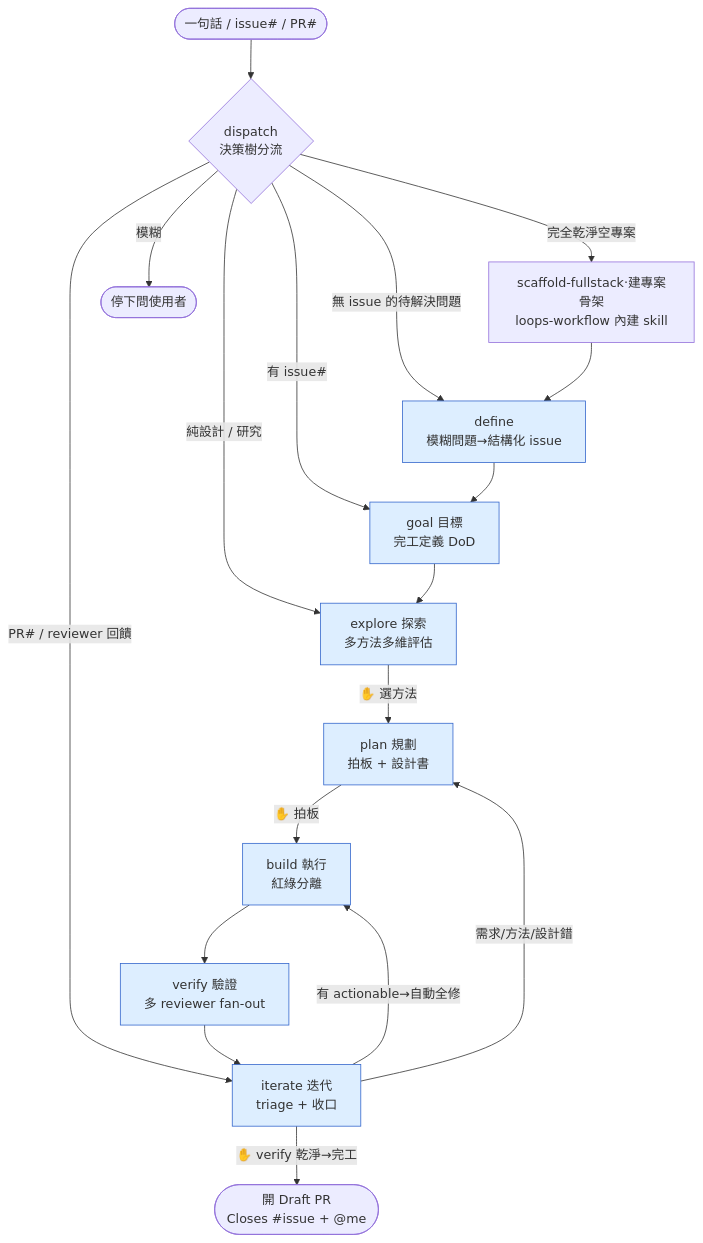
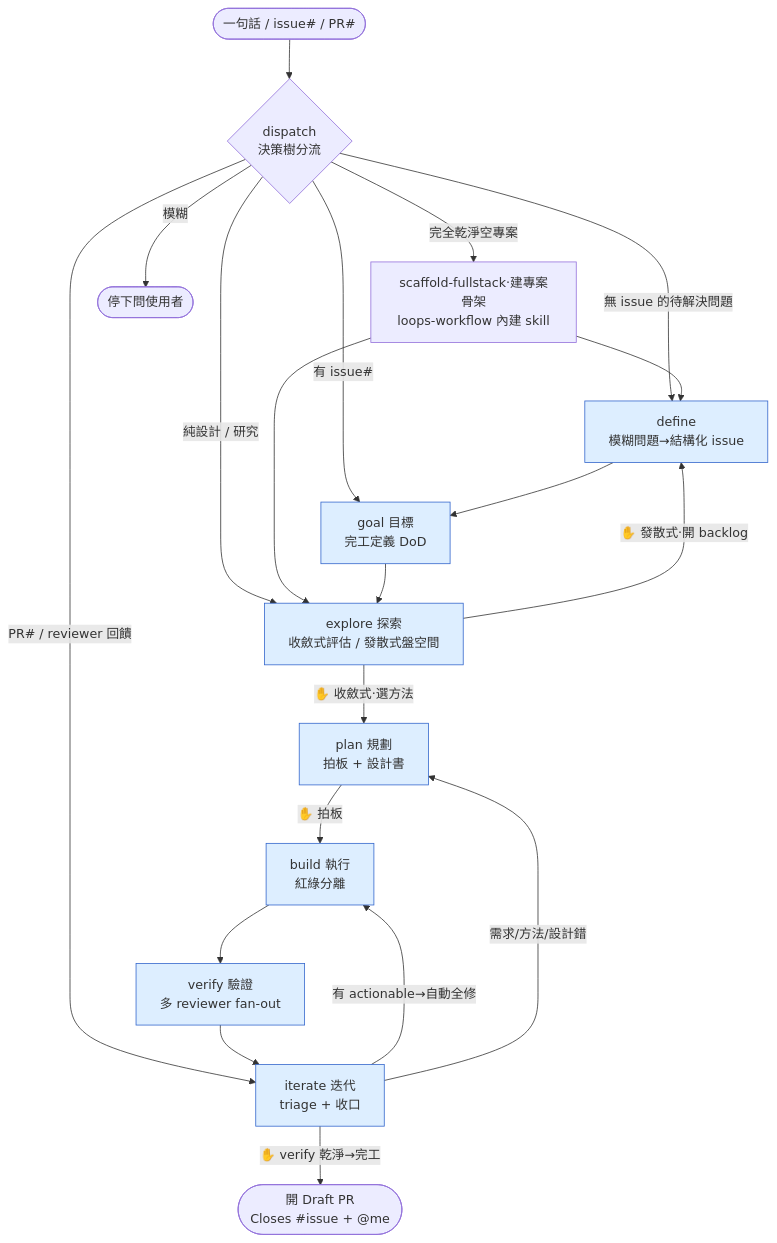
Before and after one commit to adha9990/dev-workflows: the first of 3 diagrams in plugins/loops-workflow/docs/FLOW.md, drawn with Mermaid. The commit also changed other lines of this file and 4 other files, not shown here.

````diff
--- a/plugins/loops-workflow/docs/FLOW.md
+++ b/plugins/loops-workflow/docs/FLOW.md
@@ -11,26 +11,28 @@
 ```mermaid
 flowchart TD
     START([一句話 / issue# / PR#]) --> D{dispatch<br/>決策樹分流}
 
     D -->|完全乾淨空專案| SC[scaffold-fullstack·建專案骨架<br/>loops-workflow 內建 skill]
     D -->|有 issue#| G
     D -->|無 issue 的待解決問題| DEF[define<br/>模糊問題→結構化 issue]
     D -->|純設計 / 研究| E
     D -->|PR# / reviewer 回饋| IT
     D -->|模糊| ASK([停下問使用者])
     SC --> DEF
+    SC --> E
     DEF --> G
 
-    G[goal 目標<br/>完工定義 DoD] --> E[explore 探索<br/>多方法多維評估]
-    E -->|✋ 選方法| P[plan 規劃<br/>拍板 + 設計書]
+    G[goal 目標<br/>完工定義 DoD] --> E[explore 探索<br/>收斂式評估 / 發散式盤空間]
+    E -->|✋ 收斂式·選方法| P[plan 規劃<br/>拍板 + 設計書]
+    E -->|✋ 發散式·開 backlog| DEF
     P -->|✋ 拍板| B[build 執行<br/>紅綠分離]
     B --> V[verify 驗證<br/>多 reviewer fan-out]
     V --> IT[iterate 迭代<br/>triage + 收口]
 
     IT -->|有 actionable→自動全修| B
     IT -->|需求/方法/設計錯| P
     IT -->|✋ verify 乾淨→完工| SHIP([開 Draft PR<br/>Closes #issue + @me])
 
     classDef stage fill:#def,stroke:#36c
     class G,E,P,B,V,IT,DEF stage
 ```
````
